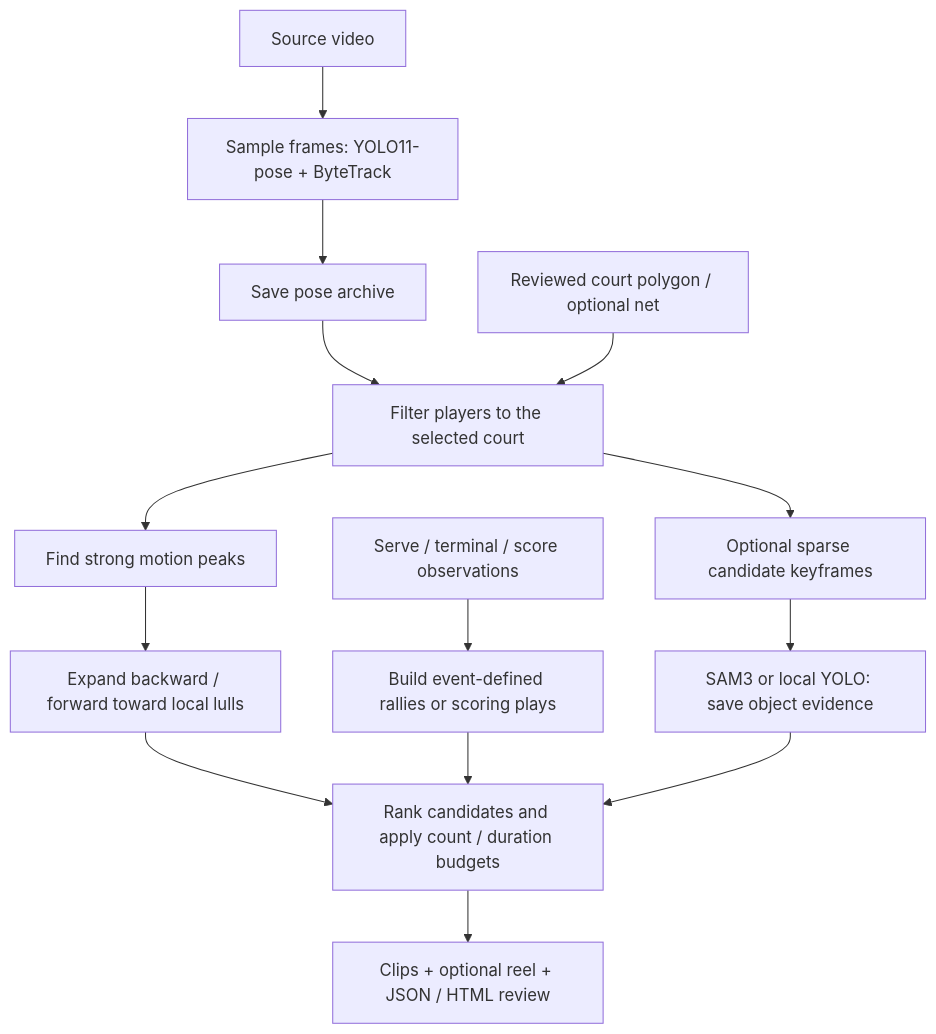
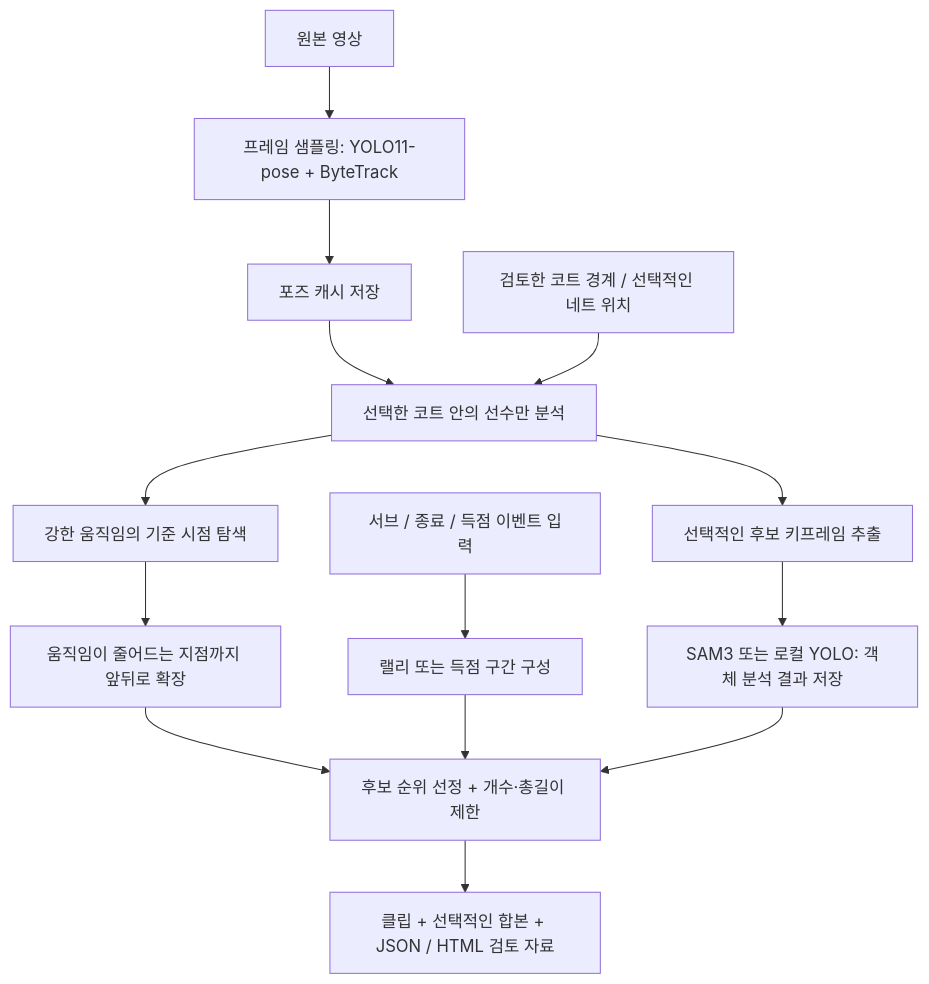
One commit to yongseongkim/highlight-generator changed the diagram in README.md. Above: the diagram before and after it, drawn with Mermaid. The commit also changed other lines of this file and 1 other file, not shown here.

````diff
--- a/README.md
+++ b/README.md
@@ -27,16 +14,16 @@
 ```mermaid
 flowchart TD
-    V[Source video] --> P[Sample frames: YOLO11-pose + ByteTrack]
-    P --> A[Save pose archive]
-    A --> F[Filter players to the selected court]
-    C[Reviewed court polygon / optional net] --> F
-    F --> M[Find strong motion peaks]
-    M --> X[Expand backward / forward toward local lulls]
-    F --> K[Optional sparse candidate keyframes]
-    K --> S[SAM3 or local YOLO: save object evidence]
-    E[Serve / terminal / score observations] --> U[Build event-defined rallies or scoring plays]
-    X --> R[Rank candidates and apply count / duration budgets]
+    V["원본 영상"] --> P["프레임 샘플링: YOLO11-pose + ByteTrack"]
+    P --> A["포즈 캐시 저장"]
+    A --> F["선택한 코트 안의 선수만 분석"]
+    C["검토한 코트 경계 / 선택적인 네트 위치"] --> F
+    F --> M["강한 움직임의 기준 시점 탐색"]
+    M --> X["움직임이 줄어드는 지점까지 앞뒤로 확장"]
+    F --> K["선택적인 후보 키프레임 추출"]
+    K --> S["SAM3 또는 로컬 YOLO: 객체 분석 결과 저장"]
+    E["서브 / 종료 / 득점 이벤트 입력"] --> U["랠리 또는 득점 구간 구성"]
+    X --> R["후보 순위 선정 + 개수·총길이 제한"]
     U --> R
     S --> R
-    R --> O[Clips + optional reel + JSON / HTML review]
+    R --> O["클립 + 선택적인 합본 + JSON / HTML 검토 자료"]
 ```
````
